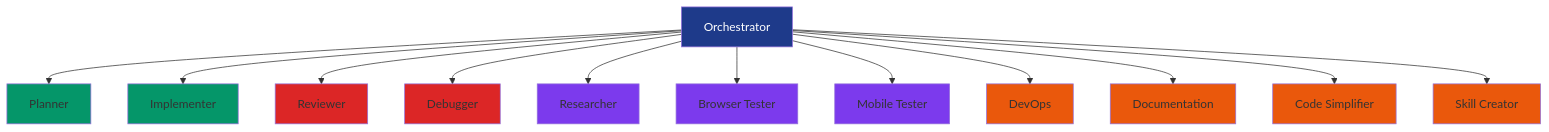
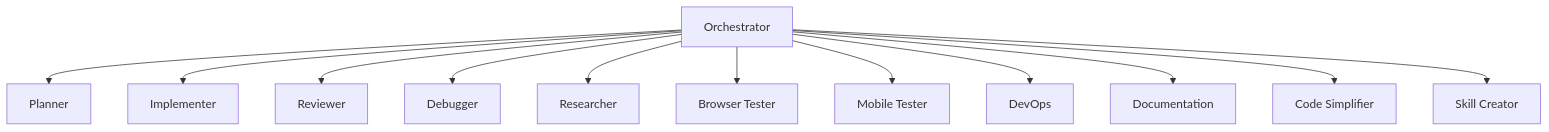
The diagram in docs/src/content/3.agents/1.index.md (mubaidr/gem-team), drawn with Mermaid before and after one commit. The commit also changed other lines of this file and 27 other files, not shown here.

````diff
--- a/docs/src/content/3.agents/1.index.md
+++ b/docs/src/content/3.agents/1.index.md
@@ -12,27 +12,14 @@
 ```mermaid
 flowchart TD
     O[Orchestrator] --> P[Planner]
     O --> I[Implementer]
     O --> R[Reviewer]
     O --> D[Debugger]
     O --> RS[Researcher]
     O --> BT[Browser Tester]
     O --> MT[Mobile Tester]
     O --> DV[DevOps]
     O --> DW[Documentation]
     O --> CS[Code Simplifier]
     O --> SC[Skill Creator]
-    
-    style O fill:#1e3a8a,color:#fff
-    style P fill:#059669
-    style I fill:#059669
-    style R fill:#dc2626
-    style D fill:#dc2626
-    style RS fill:#7c3aed
-    style BT fill:#7c3aed
-    style MT fill:#7c3aed
-    style DV fill:#ea580c
-    style DW fill:#ea580c
-    style CS fill:#ea580c
-    style SC fill:#ea580c
 ```
````
